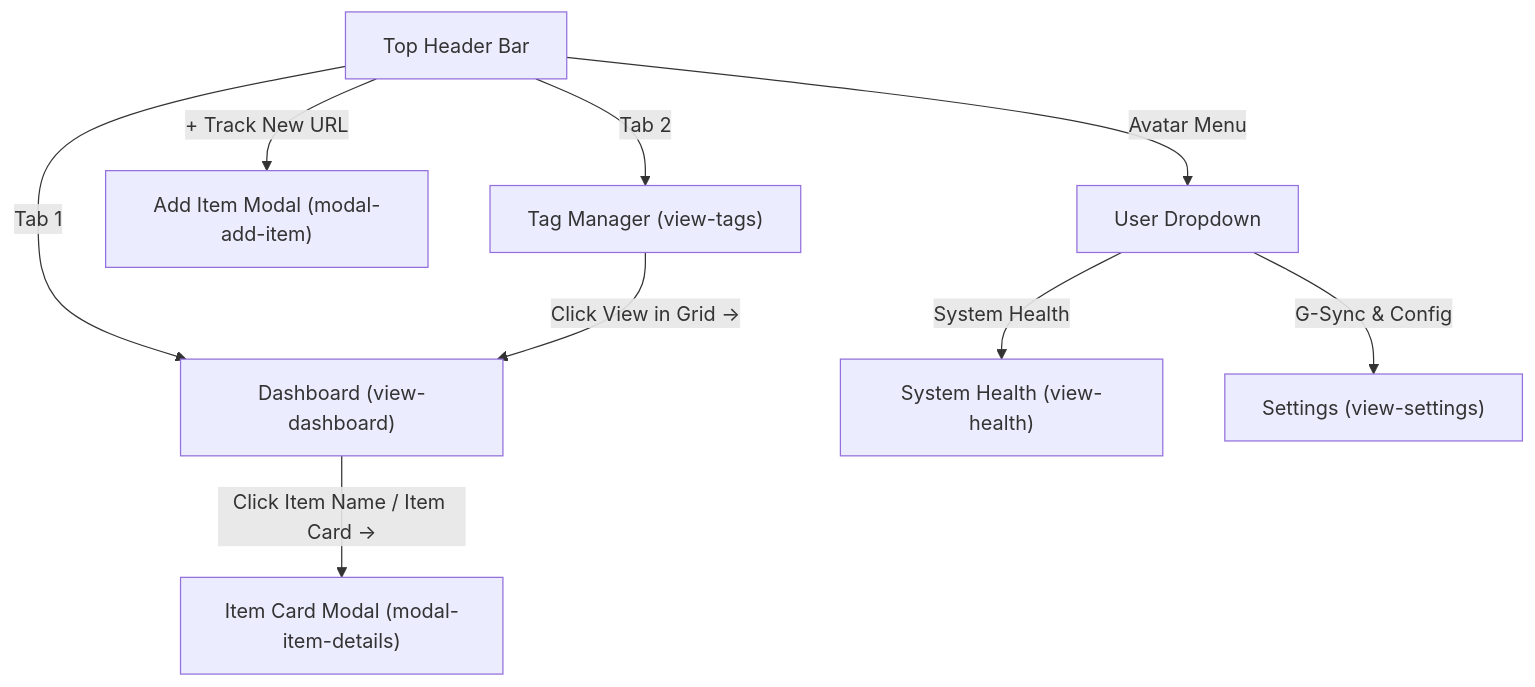
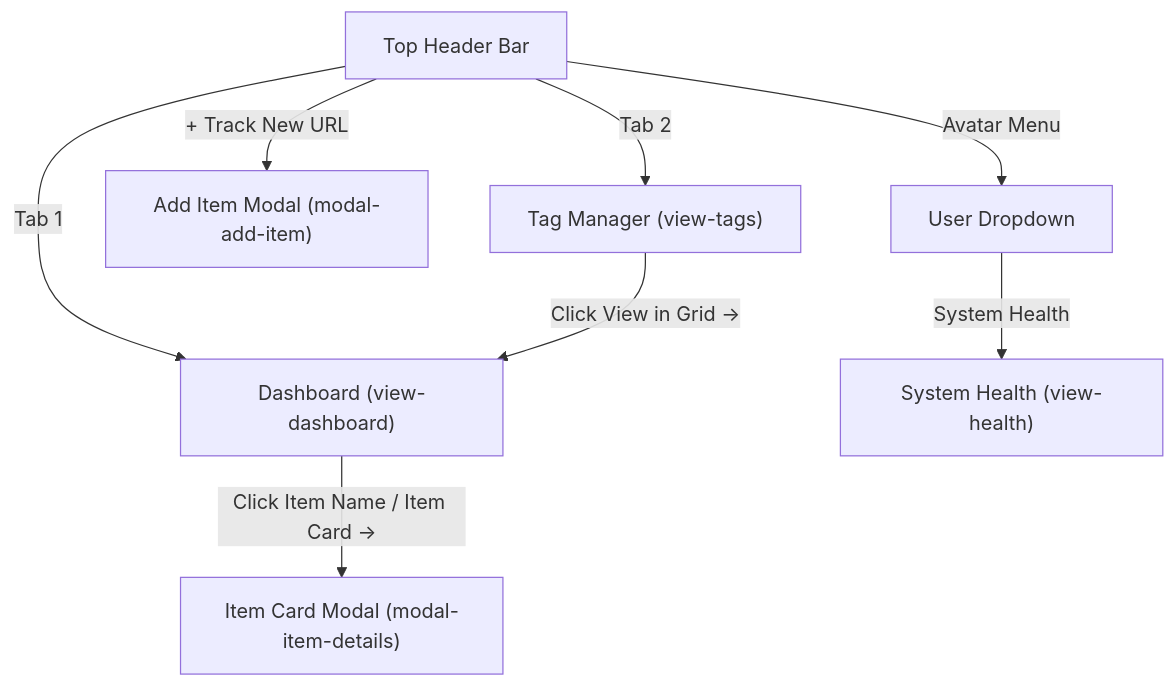
One commit to meksico/price-pulse changed the second of 2 diagrams in SRS.md. Above: the diagram before and after it, drawn with Mermaid. The commit also changed other lines of this file and 17 other files, not shown here.

````diff
--- a/SRS.md
+++ b/SRS.md
@@ -95,11 +94,10 @@
 ```mermaid
 flowchart TD
     Header["Top Header Bar"] -->|"Tab 1"| Dash["Dashboard (view-dashboard)"]
     Header -->|"Tab 2"| Tags["Tag Manager (view-tags)"]
     Header -->|"+ Track New URL"| AddModal["Add Item Modal (modal-add-item)"]
     Header -->|"Avatar Menu"| Menu["User Dropdown"]
     Menu -->|"System Health"| Health["System Health (view-health)"]
-    Menu -->|"G-Sync & Config"| Settings["Settings (view-settings)"]
     Dash -->|"Click Item Name / Item Card ->"| DetailModal["Item Card Modal (modal-item-details)"]
     Tags -->|"Click View in Grid ->"| Dash
 ```
````
